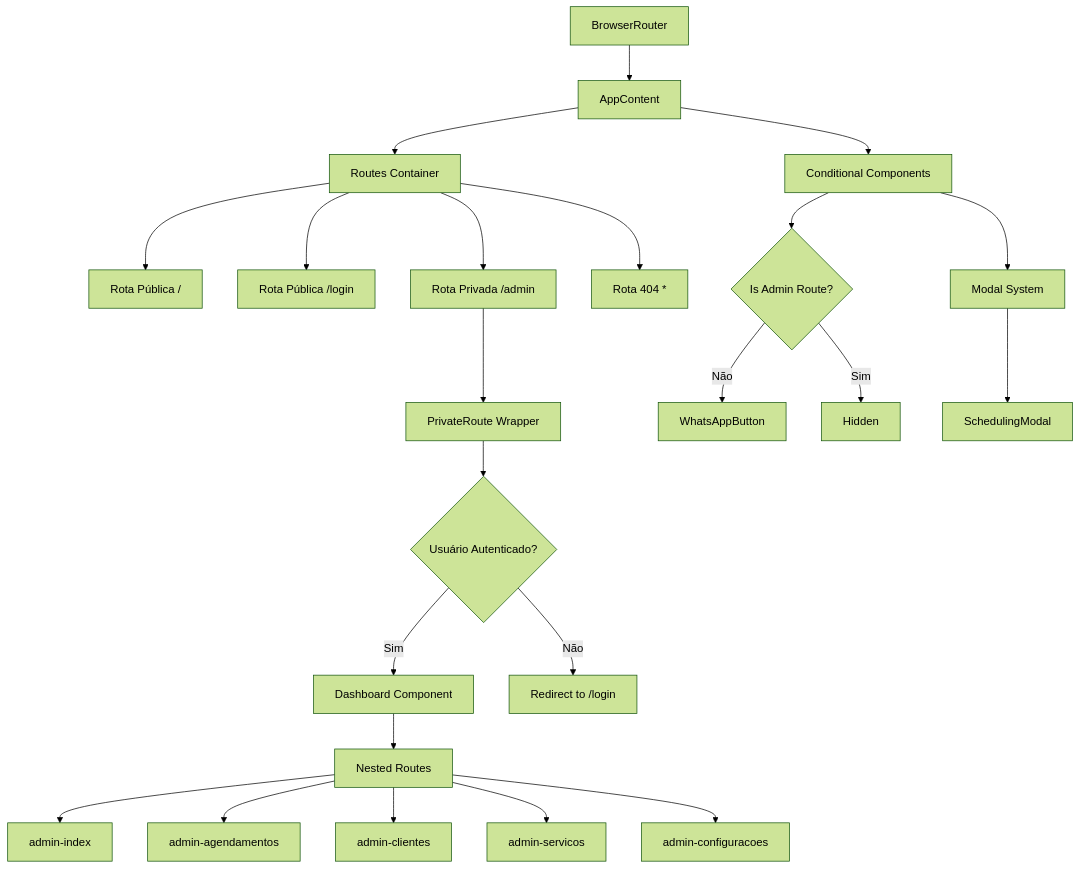
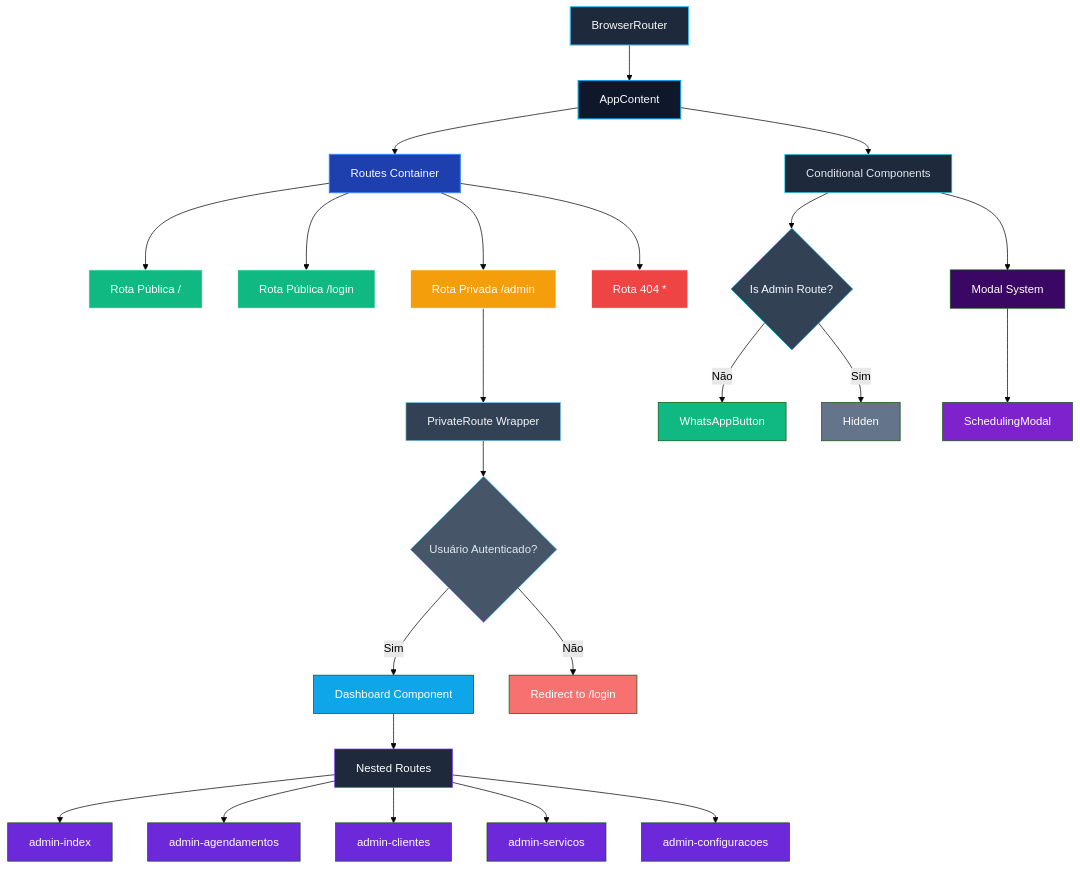
One commit to cold-tech/documentacao changed the first of 3 diagrams in documentacaoTecnica/SISTEMA_ROTAS.md. Above: the diagram before and after it, drawn with Mermaid (forest theme).

````diff
--- a/documentacaoTecnica/SISTEMA_ROTAS.md
+++ b/documentacaoTecnica/SISTEMA_ROTAS.md
@@ -27,29 +27,59 @@
 ```mermaid
 graph TD
     A[BrowserRouter] --> B[AppContent]
     B --> C[Routes Container]
     C --> D[Rota Pública /]
     C --> E[Rota Pública /login]
     C --> F[Rota Privada /admin]
     C --> G[Rota 404 *]
     
     F --> H[PrivateRoute Wrapper]
     H --> I{Usuário Autenticado?}
     I -->|Sim| J[Dashboard Component]
     I -->|Não| K[Redirect to /login]
     
     J --> L[Nested Routes]
     L --> M[admin-index]
     L --> N[admin-agendamentos]
     L --> O[admin-clientes]
     L --> P[admin-servicos]
     L --> Q[admin-configuracoes]
     
     B --> R[Conditional Components]
     R --> S{Is Admin Route?}
     S -->|Não| T[WhatsAppButton]
     S -->|Sim| U[Hidden]
     
     R --> V[Modal System]
     V --> W[SchedulingModal]
+
+    %% Estilo visual moderno e técnico
+    style A fill:#1e293b,stroke:#38bdf8,stroke-width:1.5px,color:#f8fafc
+    style B fill:#0f172a,stroke:#0ea5e9,stroke-width:1.5px,color:#f8fafc
+    style C fill:#1e40af,stroke:#3b82f6,stroke-width:1.5px,color:#f8fafc
+    style D fill:#10b981,stroke:#fff,color:#fff
+    style E fill:#10b981,stroke:#fff,color:#fff
+    style F fill:#f59e0b,stroke:#fff,color:#fff
+    style G fill:#ef4444,stroke:#fff,color:#fff
+
+    style H fill:#334155,stroke:#7dd3fc,color:#f1f5f9
+    style I fill:#475569,stroke:#38bdf8,color:#e2e8f0
+    style J fill:#0ea5e9,color:#fff
+    style K fill:#f87171,color:#fff
+
+    style L fill:#1e293b,stroke:#7c3aed,color:#fff
+    style M fill:#6d28d9,color:#fff
+    style N fill:#6d28d9,color:#fff
+    style O fill:#6d28d9,color:#fff
+    style P fill:#6d28d9,color:#fff
+    style Q fill:#6d28d9,color:#fff
+
+    style R fill:#1e293b,stroke:#22d3ee,color:#e2e8f0
+    style S fill:#334155,stroke:#0ea5e9,color:#f8fafc
+    style T fill:#10b981,color:#fff
+    style U fill:#64748b,color:#fff
+
+    style V fill:#3b0764,color:#fff
+    style W fill:#7e22ce,color:#fff
+
 ```
````
